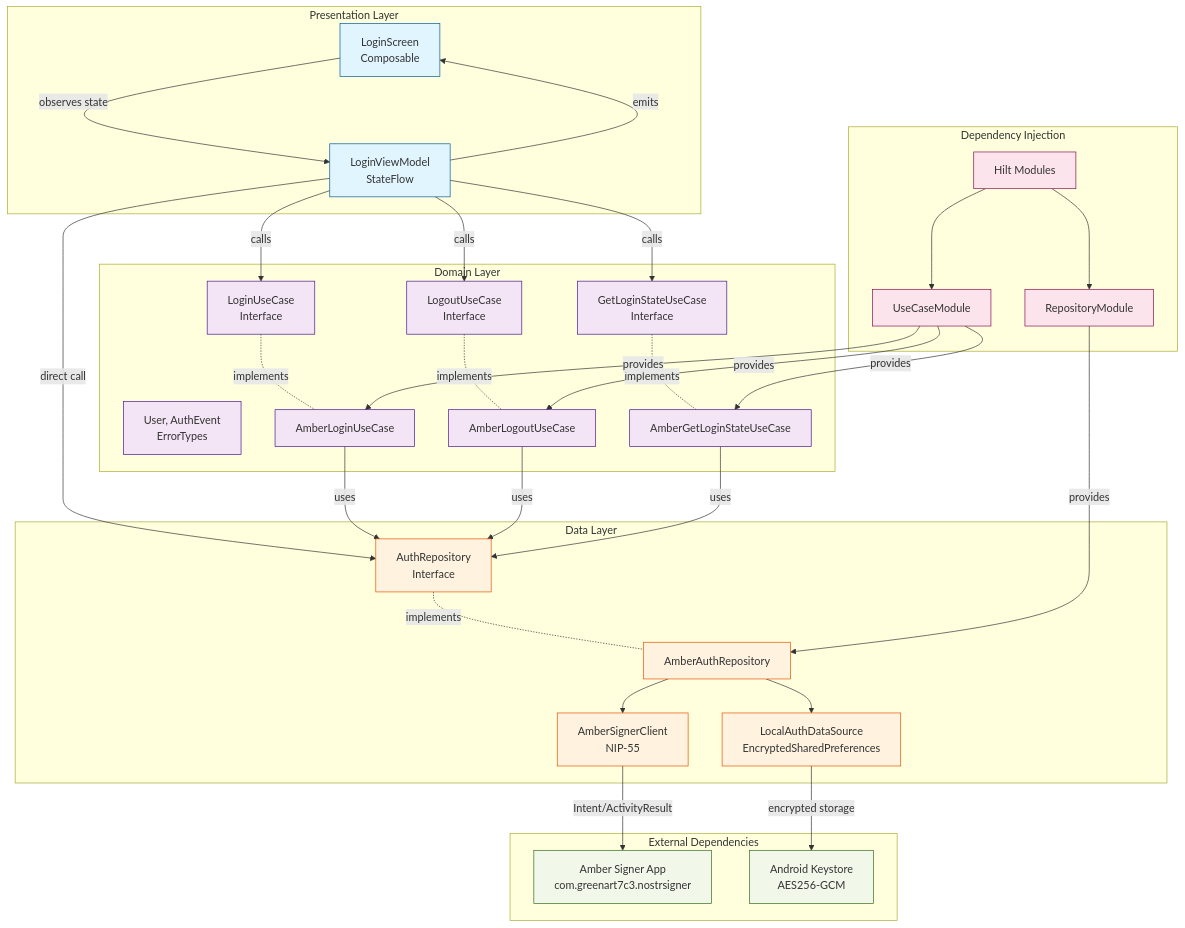
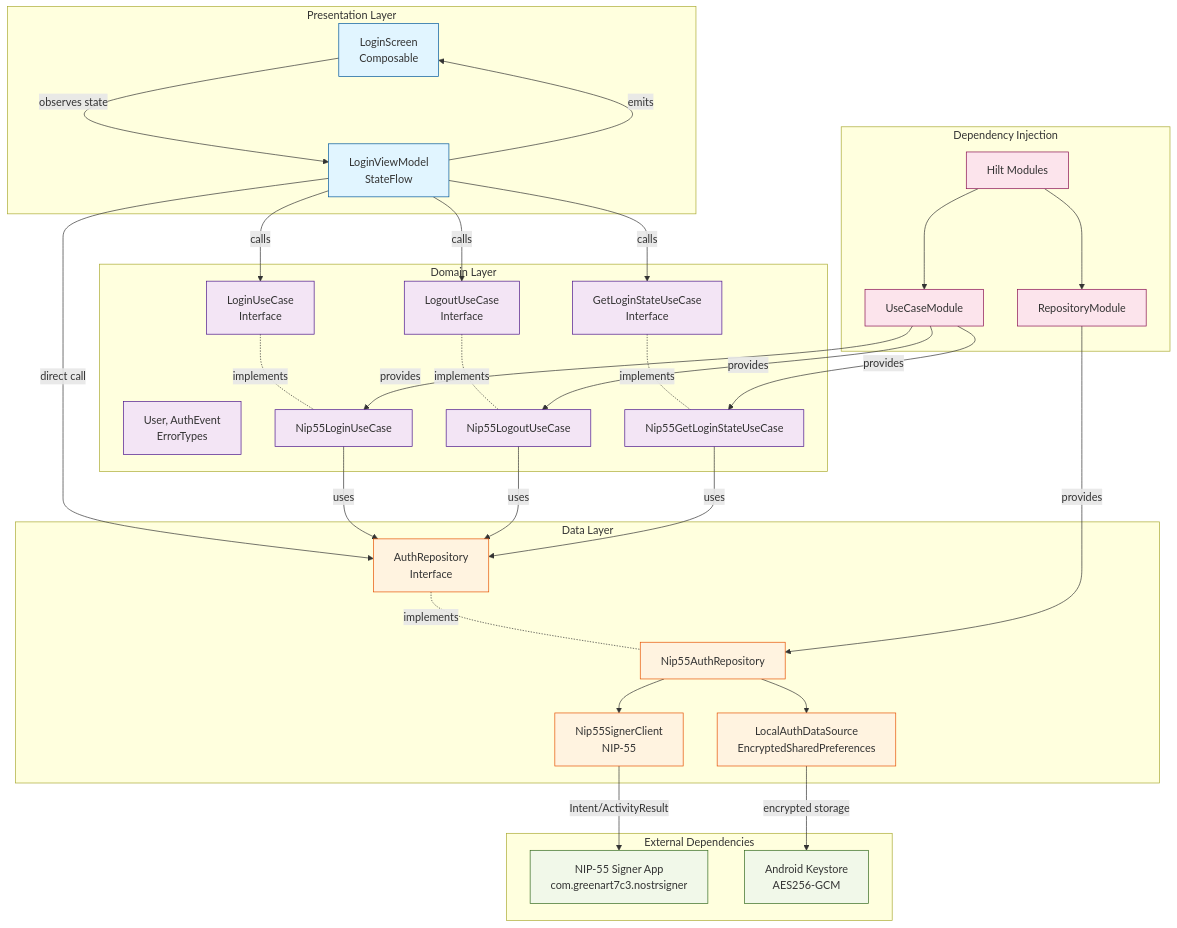
Before and after one commit to Omochice/Pinosu: the diagram in .kiro/steering/structure.md, drawn with Mermaid. The commit also changed other lines of this file and 2 other files, not shown here.

Commit message:
docs: update steering documentation for NIP-55 terminology
Update architecture documentation to use generic NIP-55 terminology
instead of Amber-specific naming, while noting Amber as the default
implementation.

Changes:
- tech.md: Clarify NIP-55 with Amber as example implementation
- structure.md: Update class names, file paths, and directory names
  from Amber* to Nip55*, update package structure diagrams
- product.md: Update core capabilities and technical foundation to
  use generic NIP-55 terminology

🤖 Generated with [Claude Code](https://claude.com/claude-code)

````diff
--- a/.kiro/steering/structure.md
+++ b/.kiro/steering/structure.md
@@ -10,74 +10,74 @@
 ```mermaid
 graph TB
     subgraph "Presentation Layer"
         UI[LoginScreen<br/>Composable]
         VM[LoginViewModel<br/>StateFlow]
         UI -->|observes state| VM
         VM -->|emits| UI
     end
 
     subgraph "Domain Layer"
         UC_Login[LoginUseCase<br/>Interface]
         UC_Logout[LogoutUseCase<br/>Interface]
         UC_GetState[GetLoginStateUseCase<br/>Interface]
         Model[User, AuthEvent<br/>ErrorTypes]
 
-        UC_Login -.implements.- UC_Login_Impl[AmberLoginUseCase]
-        UC_Logout -.implements.- UC_Logout_Impl[AmberLogoutUseCase]
-        UC_GetState -.implements.- UC_GetState_Impl[AmberGetLoginStateUseCase]
+        UC_Login -.implements.- UC_Login_Impl[Nip55LoginUseCase]
+        UC_Logout -.implements.- UC_Logout_Impl[Nip55LogoutUseCase]
+        UC_GetState -.implements.- UC_GetState_Impl[Nip55GetLoginStateUseCase]
     end
 
     subgraph "Data Layer"
         Repo[AuthRepository<br/>Interface]
-        RepoImpl[AmberAuthRepository]
+        RepoImpl[Nip55AuthRepository]
         LocalDS[LocalAuthDataSource<br/>EncryptedSharedPreferences]
-        AmberClient[AmberSignerClient<br/>NIP-55]
+        Nip55Client[Nip55SignerClient<br/>NIP-55]
 
         Repo -.implements.- RepoImpl
         RepoImpl --> LocalDS
-        RepoImpl --> AmberClient
+        RepoImpl --> Nip55Client
     end
 
     subgraph "External Dependencies"
-        Amber[Amber Signer App<br/>com.greenart7c3.nostrsigner]
+        Nip55Signer[NIP-55 Signer App<br/>com.greenart7c3.nostrsigner]
         Keystore[Android Keystore<br/>AES256-GCM]
 
-        AmberClient -->|Intent/ActivityResult| Amber
+        Nip55Client -->|Intent/ActivityResult| Nip55Signer
         LocalDS -->|encrypted storage| Keystore
     end
 
     subgraph "Dependency Injection"
         Hilt[Hilt Modules]
         RepoModule[RepositoryModule]
         UCModule[UseCaseModule]
 
         Hilt --> RepoModule
         Hilt --> UCModule
     end
 
     VM -->|calls| UC_Login
     VM -->|calls| UC_Logout
     VM -->|calls| UC_GetState
     VM -->|direct call| Repo
 
     UC_Login_Impl -->|uses| Repo
     UC_Logout_Impl -->|uses| Repo
     UC_GetState_Impl -->|uses| Repo
 
     RepoModule -->|provides| RepoImpl
     UCModule -->|provides| UC_Login_Impl
     UCModule -->|provides| UC_Logout_Impl
     UCModule -->|provides| UC_GetState_Impl
 
     classDef presentation fill:#e1f5ff,stroke:#01579b
     classDef domain fill:#f3e5f5,stroke:#4a148c
     classDef data fill:#fff3e0,stroke:#e65100
     classDef external fill:#f1f8e9,stroke:#33691e
     classDef di fill:#fce4ec,stroke:#880e4f
 
     class UI,VM presentation
     class UC_Login,UC_Logout,UC_GetState,UC_Login_Impl,UC_Logout_Impl,UC_GetState_Impl,Model domain
-    class Repo,RepoImpl,LocalDS,AmberClient data
-    class Amber,Keystore external
+    class Repo,RepoImpl,LocalDS,Nip55Client data
+    class Nip55Signer,Keystore external
     class Hilt,RepoModule,UCModule di
 ```
````
